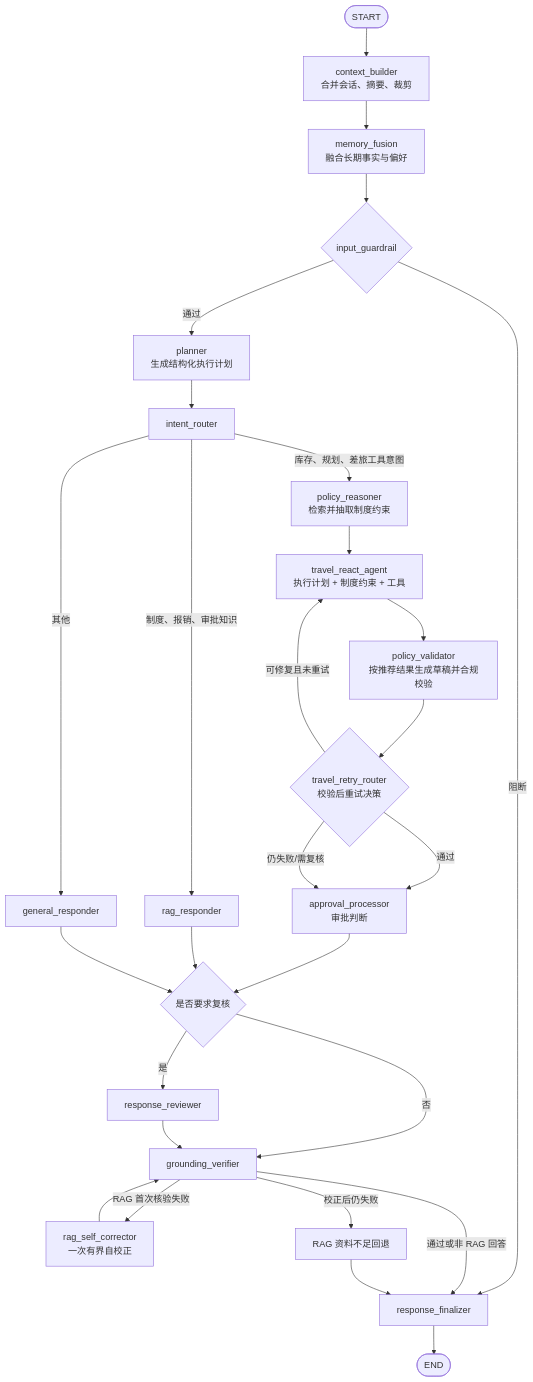
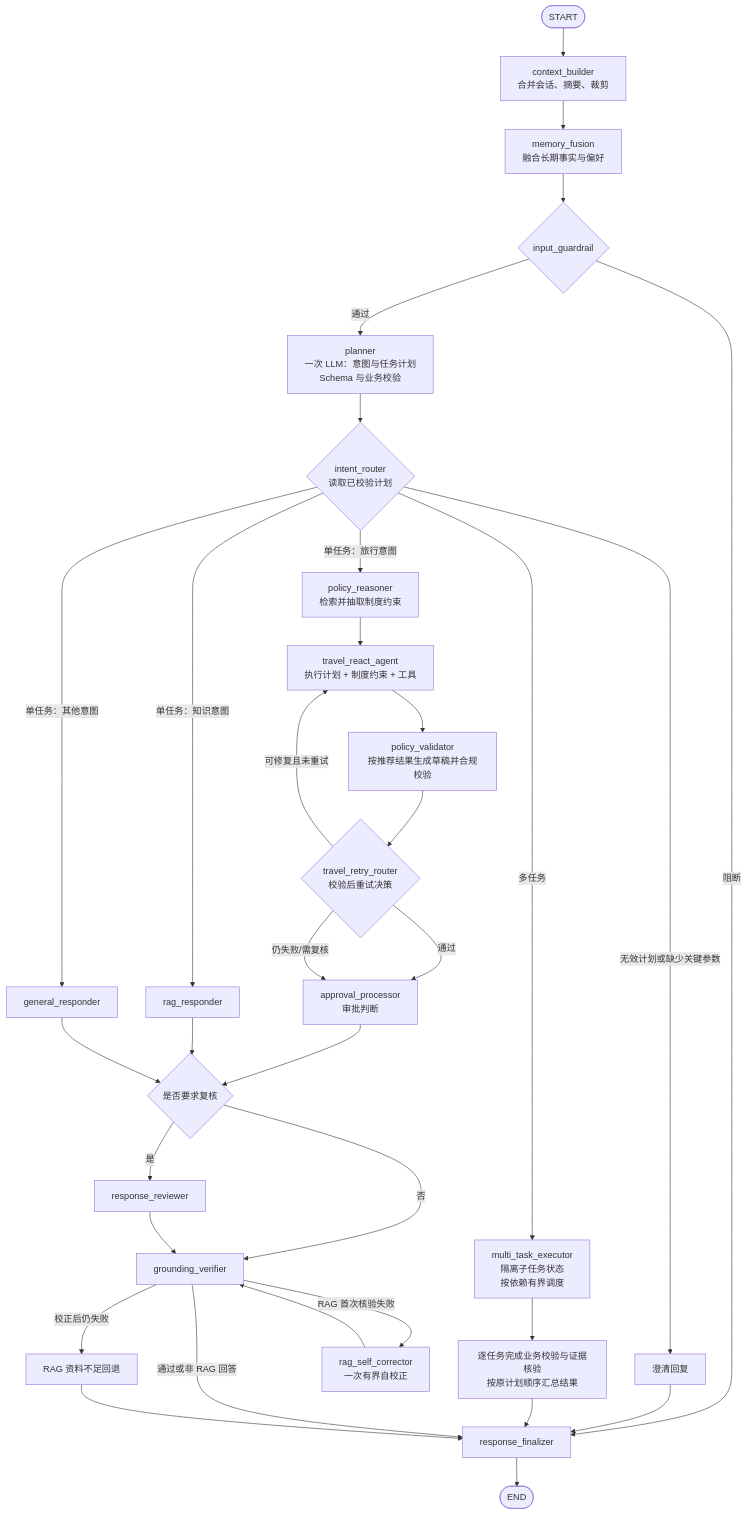
The third of 11 diagrams in docs/overall-design.md (wangyang-777/Multi-Agent-Business-Travel-Assistant-System), drawn with Mermaid before and after one commit. The commit also changed other lines of this file and 11 other files, not shown here.

````diff
--- a/docs/overall-design.md
+++ b/docs/overall-design.md
@@ -166,33 +169,38 @@
 ```mermaid
 flowchart TD
     Start([START]) --> Context[context_builder<br/>合并会话、摘要、裁剪]
     Context --> Memory[memory_fusion<br/>融合长期事实与偏好]
     Memory --> Guardrail{input_guardrail}
     Guardrail -->|阻断| Finalizer[response_finalizer]
-    Guardrail -->|通过| Planner[planner<br/>生成结构化执行计划]
-    Planner --> Intent[intent_router]
+    Guardrail -->|通过| Planner[planner<br/>一次 LLM：意图与任务计划<br/>Schema 与业务校验]
+    Planner --> Intent{intent_router<br/>读取已校验计划}
 
-    Intent -->|库存、规划、差旅工具意图| PolicyReasoner[policy_reasoner<br/>检索并抽取制度约束]
-    Intent -->|制度、报销、审批知识| RAG[rag_responder]
-    Intent -->|其他| General[general_responder]
+    Intent -->|无效计划或缺少关键参数| Clarification[澄清回复]
+    Clarification --> Finalizer
+    Intent -->|单任务：旅行意图| PolicyReasoner[policy_reasoner<br/>检索并抽取制度约束]
+    Intent -->|单任务：知识意图| RAG[rag_responder]
+    Intent -->|单任务：其他意图| General[general_responder]
+    Intent -->|多任务| MultiTask[multi_task_executor<br/>隔离子任务状态<br/>按依赖有界调度]
+    MultiTask --> Aggregate[逐任务完成业务校验与证据核验<br/>按原计划顺序汇总结果]
+    Aggregate --> Finalizer
 
     PolicyReasoner --> Travel[travel_react_agent<br/>执行计划 + 制度约束 + 工具]
     Travel --> PolicyValidator[policy_validator<br/>按推荐结果生成草稿并合规校验]
     PolicyValidator --> Retry{travel_retry_router<br/>校验后重试决策}
     Retry -->|通过| Approval[approval_processor<br/>审批判断]
     Retry -->|可修复且未重试| Travel
     Retry -->|仍失败/需复核| Approval
     Approval --> AfterAnswer{是否要求复核}
     RAG --> AfterAnswer
     General --> AfterAnswer
 
     AfterAnswer -->|是| Reflection[response_reviewer]
     AfterAnswer -->|否| Verify[grounding_verifier]
     Reflection --> Verify
     Verify -->|通过或非 RAG 回答| Finalizer
     Verify -->|RAG 首次核验失败| Correct[rag_self_corrector<br/>一次有界自校正]
     Correct --> Verify
     Verify -->|校正后仍失败| RAGFallback[RAG 资料不足回退]
     RAGFallback --> Finalizer
     Finalizer --> End([END])
 ```
````
